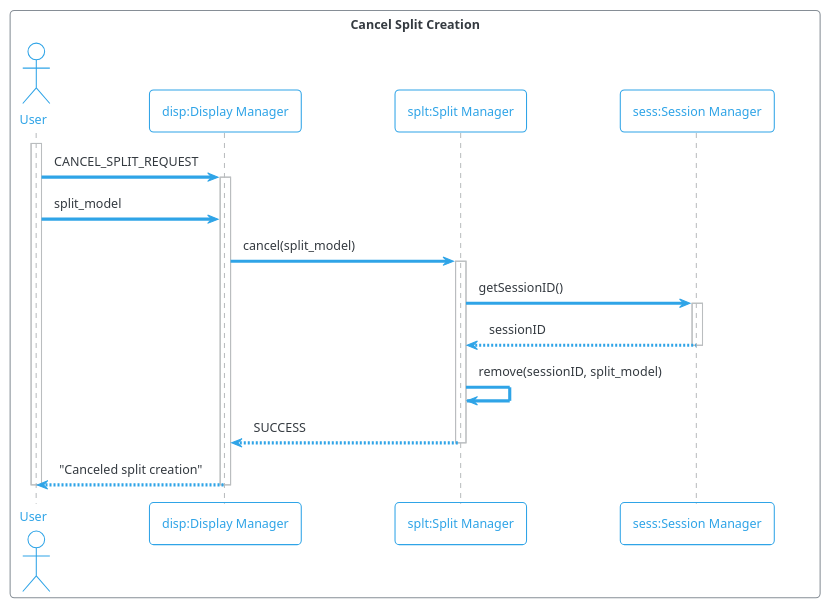
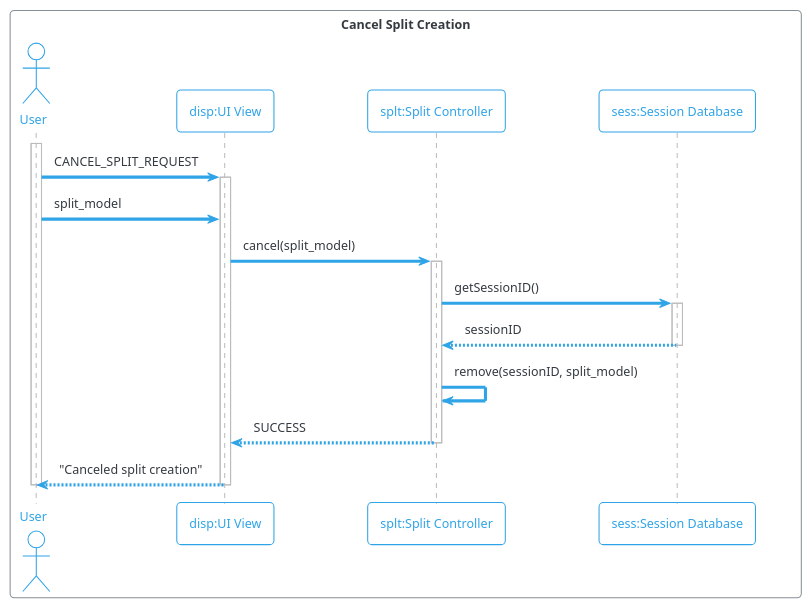
Before and after one commit to md-y/3354-splitsquad: the diagram in Sequence Diagrams/Split/CancelSplitCreation.puml, drawn with PlantUML. The commit also changed 39 other files, not shown here.

Commit message:
Fixed Sequence Diagram to add Database, Controller, and UI

```diff
--- a/Sequence Diagrams/Split/CancelSplitCreation.puml
+++ b/Sequence Diagrams/Split/CancelSplitCreation.puml
@@ -1,19 +1,19 @@
 @startuml
 !theme cerulean-outline
 box "Cancel Split Creation"
 actor "User" as user
-participant "disp:Display Manager" as disp
-participant "splt:Split Manager" as splt
-participant "sess:Session Manager" as sess
+participant "disp:UI View" as disp
+participant "splt:Split Controller" as splt
+participant "sess:Session Database" as sess
 end box
 activate user
 user -> disp ++ : CANCEL_SPLIT_REQUEST
 user -> disp : split_model
 disp -> splt ++ : cancel(split_model)
 splt -> sess ++ : getSessionID()
 sess --> splt -- : sessionID
 splt -> splt : remove(sessionID, split_model)
 splt --> disp -- : SUCCESS
 disp --> user -- : "Canceled split creation"
 deactivate user
 @enduml
```
